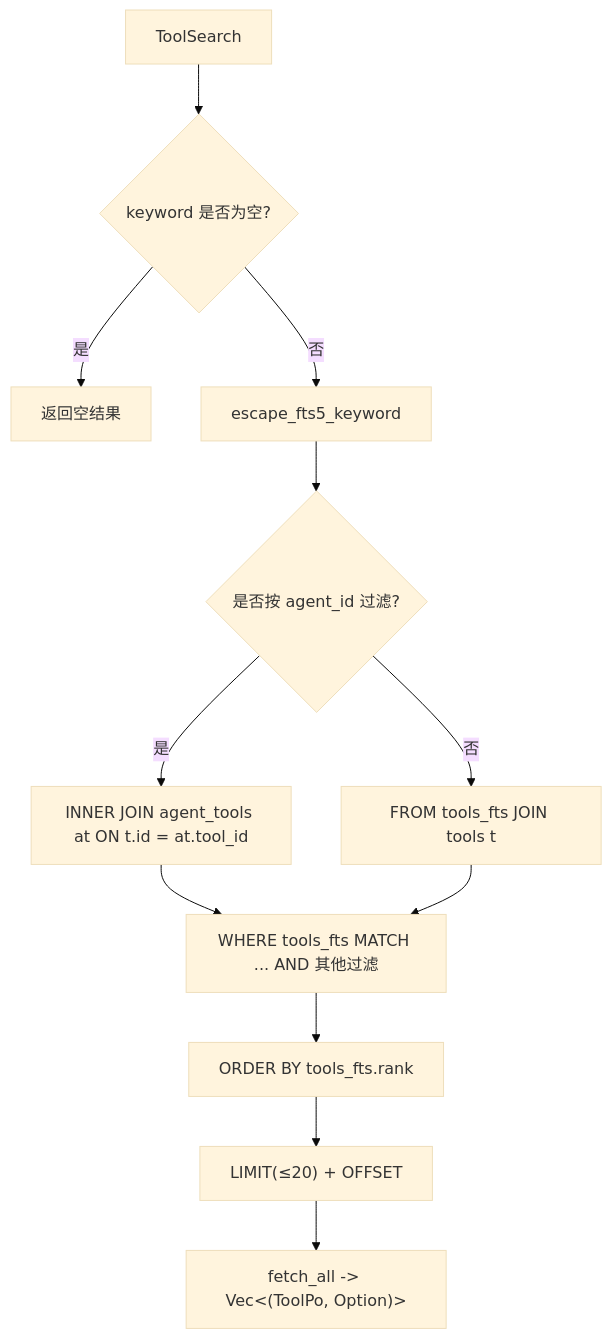
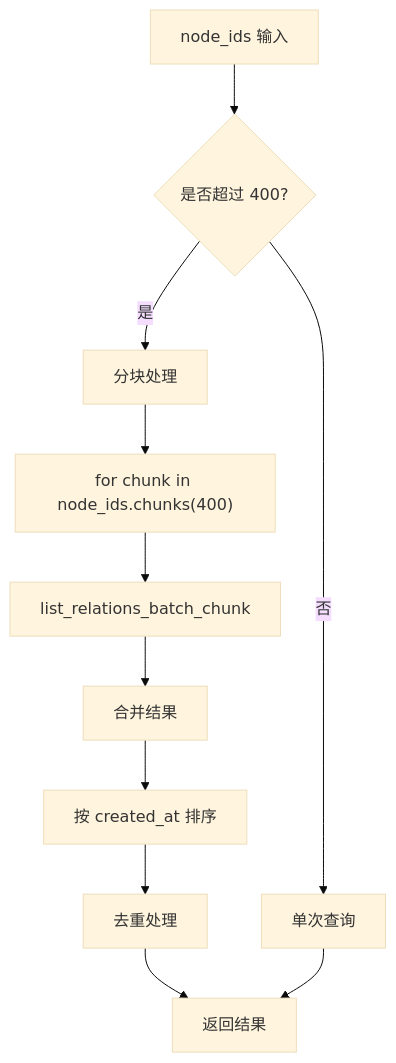
Before and after one commit to runningcoders/ai_orz: the fourth of 5 diagrams in .qoder/repowiki/zh/content/核心模块/服务层/数据对象层 (DAO)/SQLite 数据访问对象.md, drawn with Mermaid (base theme). The commit also changed other lines of this file and 5 other files, not shown here.

````diff
--- a/.qoder/repowiki/zh/content/核心模块/服务层/数据对象层 (DAO)/SQLite 数据访问对象.md
+++ b/.qoder/repowiki/zh/content/核心模块/服务层/数据对象层 (DAO)/SQLite 数据访问对象.md
@@ -202,14 +160,13 @@
 ```mermaid
 flowchart TD
-S["ToolSearch"] --> K{"keyword 是否为空?"}
-K --> |是| R0["返回空结果"]
-K --> |否| E["escape_fts5_keyword"]
-E --> J{"是否按 agent_id 过滤?"}
-J --> |是| Join["INNER JOIN agent_tools at ON t.id = at.tool_id"]
-J --> |否| Base["FROM tools_fts JOIN tools t"]
-Join --> Where["WHERE tools_fts MATCH ... AND 其他过滤"]
-Base --> Where
-Where --> Order["ORDER BY tools_fts.rank"]
-Order --> Limit["LIMIT(≤20) + OFFSET"]
-Limit --> Rows["fetch_all -> Vec<(ToolPo, Option<f32>)>"]
+Input["node_ids 输入"] --> Check{"是否超过 400?"}
+Check --> |否| Single["单次查询"]
+Check --> |是| Chunk["分块处理"]
+Chunk --> Loop["for chunk in node_ids.chunks(400)"]
+Loop --> Query["list_relations_batch_chunk"]
+Query --> Merge["合并结果"]
+Merge --> Sort["按 created_at 排序"]
+Sort --> Dedup["去重处理"]
+Dedup --> Output["返回结果"]
+Single --> Output
 ```
````
